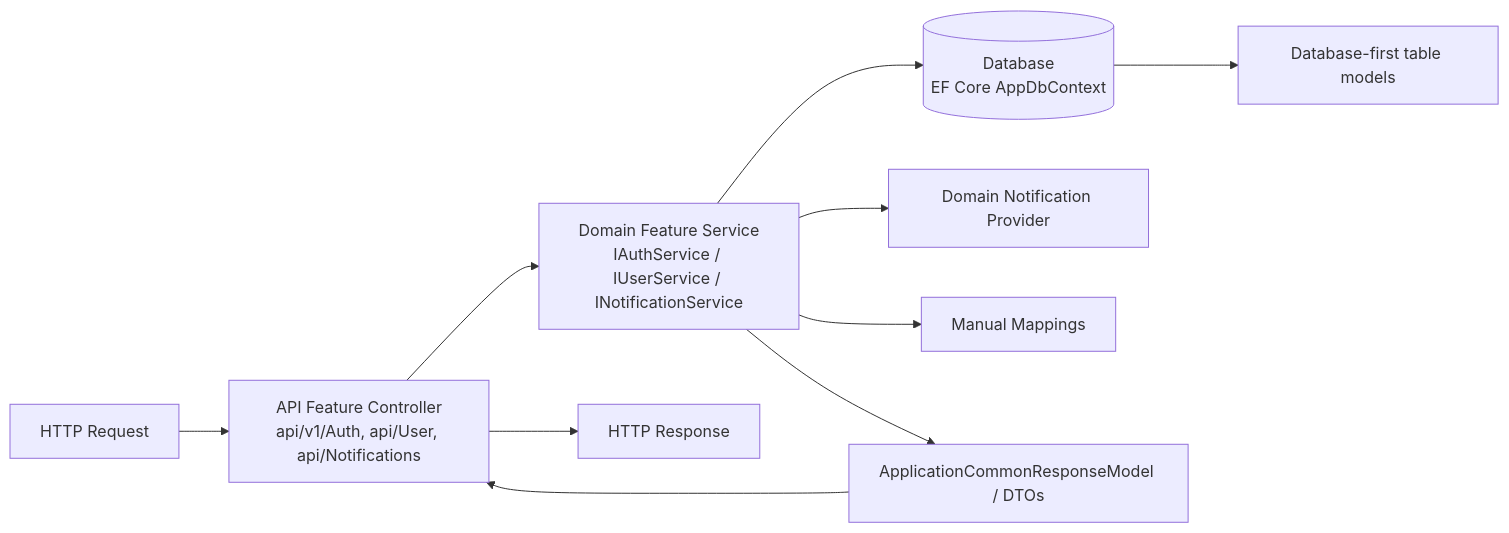
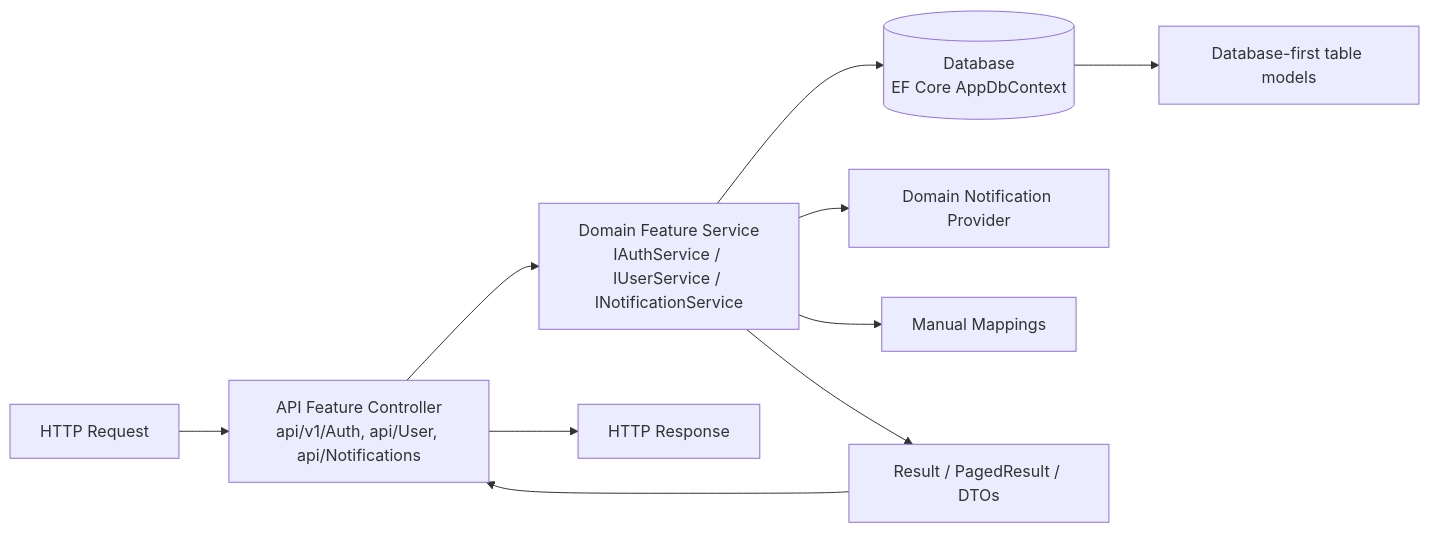
Before and after one commit to one-project-one-month/opom-hsum-chaint-csharp: the diagram in README.md, drawn with Mermaid. The commit also changed other lines of this file, not shown here.

Commit message:
docs(api): document result responses and pagination parameters

````diff
--- a/README.md
+++ b/README.md
@@ -61,11 +61,11 @@
 ```mermaid
 flowchart LR
   Request["HTTP Request"] --> Controllers["API Feature Controller<br/>api/v1/Auth, api/User, api/Notifications"]
   Controllers --> Service["Domain Feature Service<br/>IAuthService / IUserService / INotificationService"]
   Service --> Db[(Database<br/>EF Core AppDbContext)]
   Db --> Models["Database-first table models"]
   Service --> Provider["Domain Notification Provider"]
   Service --> Mapper["Manual Mappings"]
-  Service --> Response["ApplicationCommonResponseModel / DTOs"]
+  Service --> Response["Result / PagedResult / DTOs"]
   Response --> Controllers --> Result["HTTP Response"]
 ```
````
